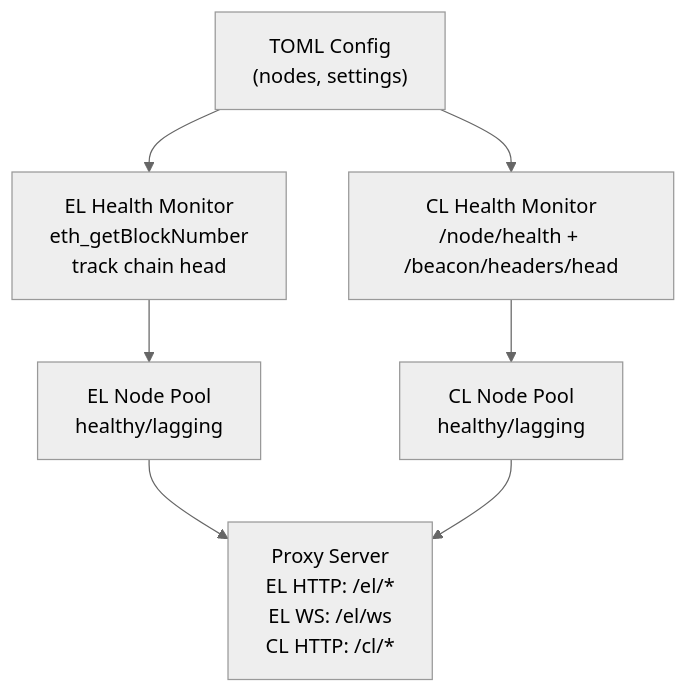
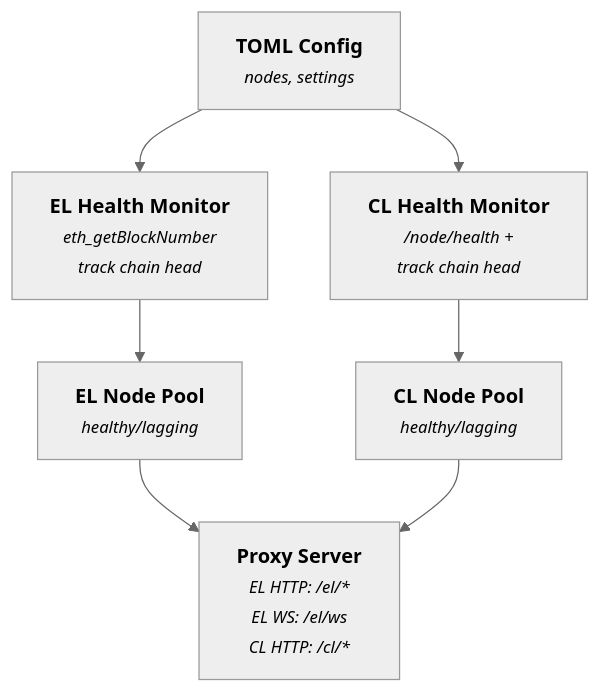
Before and after one commit to chainbound/blog: the diagram in content/blog/vixy.mdx, drawn with Mermaid (neutral theme).

Commit message:
chore: update mermaid

````diff
--- a/content/blog/vixy.mdx
+++ b/content/blog/vixy.mdx
@@ -66,13 +66,10 @@
 ```mermaid
 flowchart TD
-    A["TOML Config\n(nodes, settings)"]
-
-    A --> B["EL Health Monitor\neth_getBlockNumber\ntrack chain head"]
-    A --> C["CL Health Monitor\n/node/health + /beacon/headers/head"]
-
-    B --> D["EL Node Pool\nhealthy/lagging"]
-    C --> E["CL Node Pool\nhealthy/lagging"]
-
-    D --> F["Proxy Server\nEL HTTP: /el/*\nEL WS: /el/ws\nCL HTTP: /cl/*"]
-    E --> F
+    Config["<b>TOML Config</b><br/><i><small>nodes, settings</small></i>"]
+    Config --> ELHM["<b>EL Health Monitor</b><br/><i><small>eth_getBlockNumber<br/>track chain head</small></i>"]
+    Config --> CLHM["<b>CL Health Monitor</b><br/><i><small>/node/health +<br/>track chain head</small></i>"]
+    ELHM --> ELNP["<b>EL Node Pool</b><br/><i><small>healthy/lagging</small></i>"]
+    CLHM --> CLNP["<b>CL Node Pool</b><br/><i><small>healthy/lagging</small></i>"]
+    ELNP --> Proxy["<b>Proxy Server</b><br/><i><small>EL HTTP: /el/*<br/>EL WS: /el/ws<br/>CL HTTP: /cl/*</small></i>"]
+    CLNP --> Proxy
 ```
````
